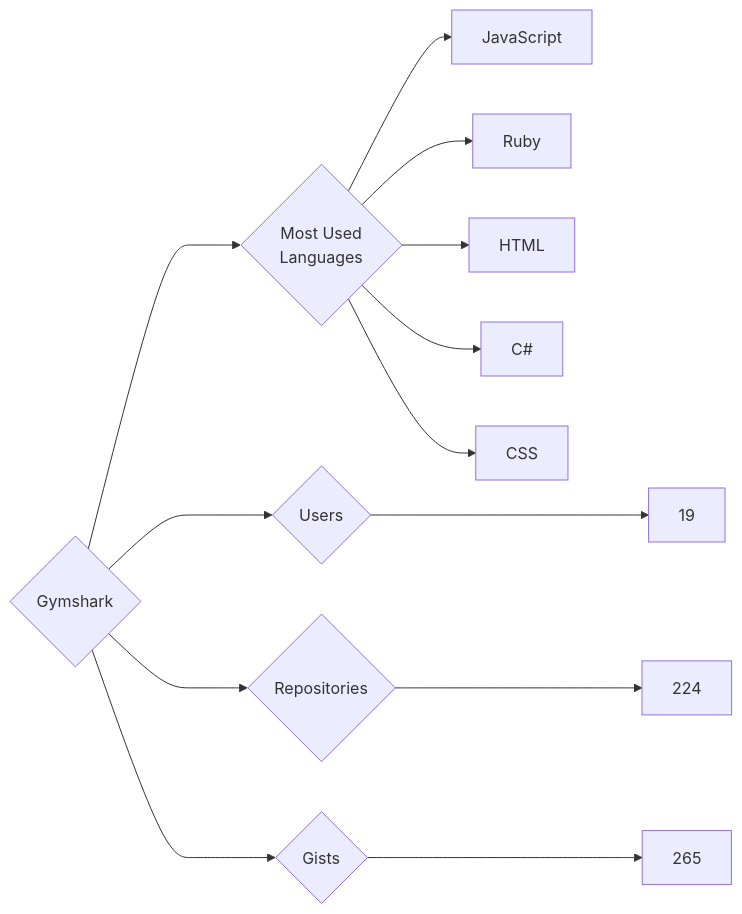
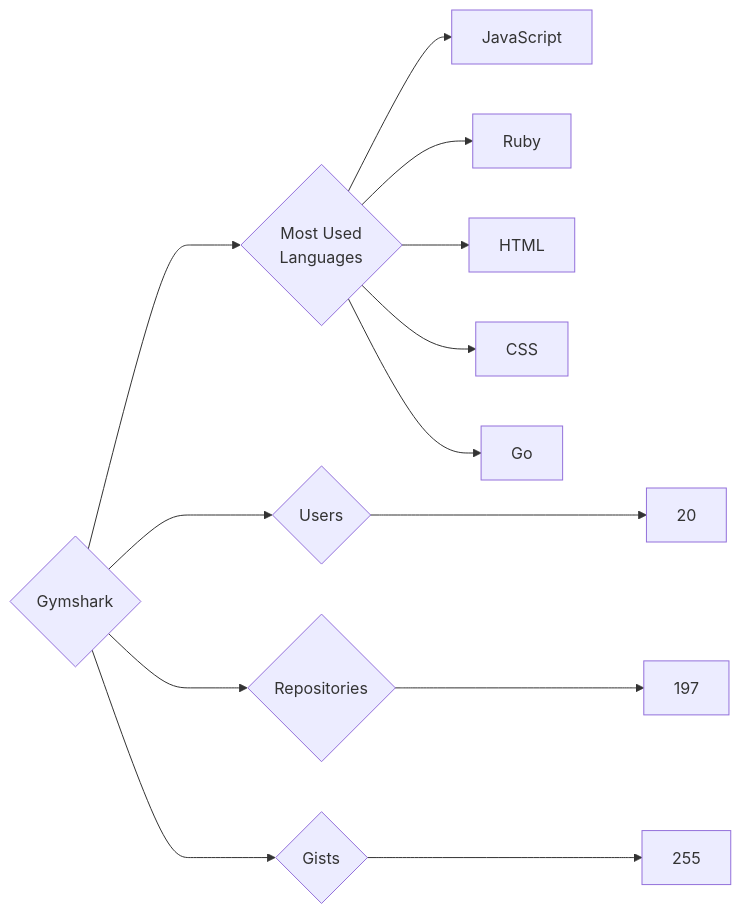
One commit to trickest/insiders changed the diagram in targets/Gymshark/README.md. Above: the diagram before and after it, drawn with Mermaid. The commit also changed 775 other files, not shown here.

````diff
--- a/targets/Gymshark/README.md
+++ b/targets/Gymshark/README.md
@@ -3,13 +3,13 @@
 ```mermaid
 graph LR
 COMPANY_NAME{Gymshark}
-COMPANY_NAME ---> U{Users} ---> UN[19]
-COMPANY_NAME ---> R{Repositories} ---> RN[224]
-COMPANY_NAME ---> G{Gists} ---> GN[265]
+COMPANY_NAME ---> U{Users} ---> UN[20]
+COMPANY_NAME ---> R{Repositories} ---> RN[197]
+COMPANY_NAME ---> G{Gists} ---> GN[255]
 COMPANY_NAME ---> ML{Most Used<br>Languages}
 ML --> JavaScript[JavaScript]
 ML --> Ruby[Ruby]
 ML --> HTML[HTML]
-ML --> C#[C#]
 ML --> CSS[CSS]
+ML --> Go[Go]
 ```
````
